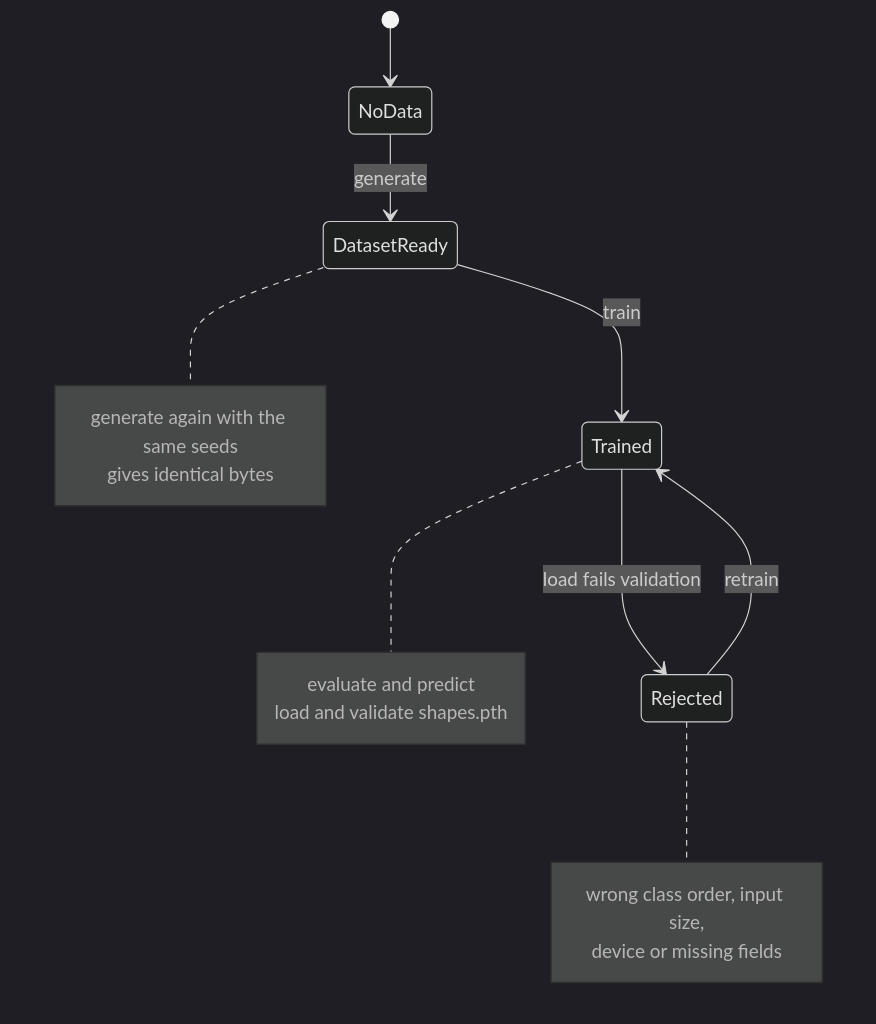
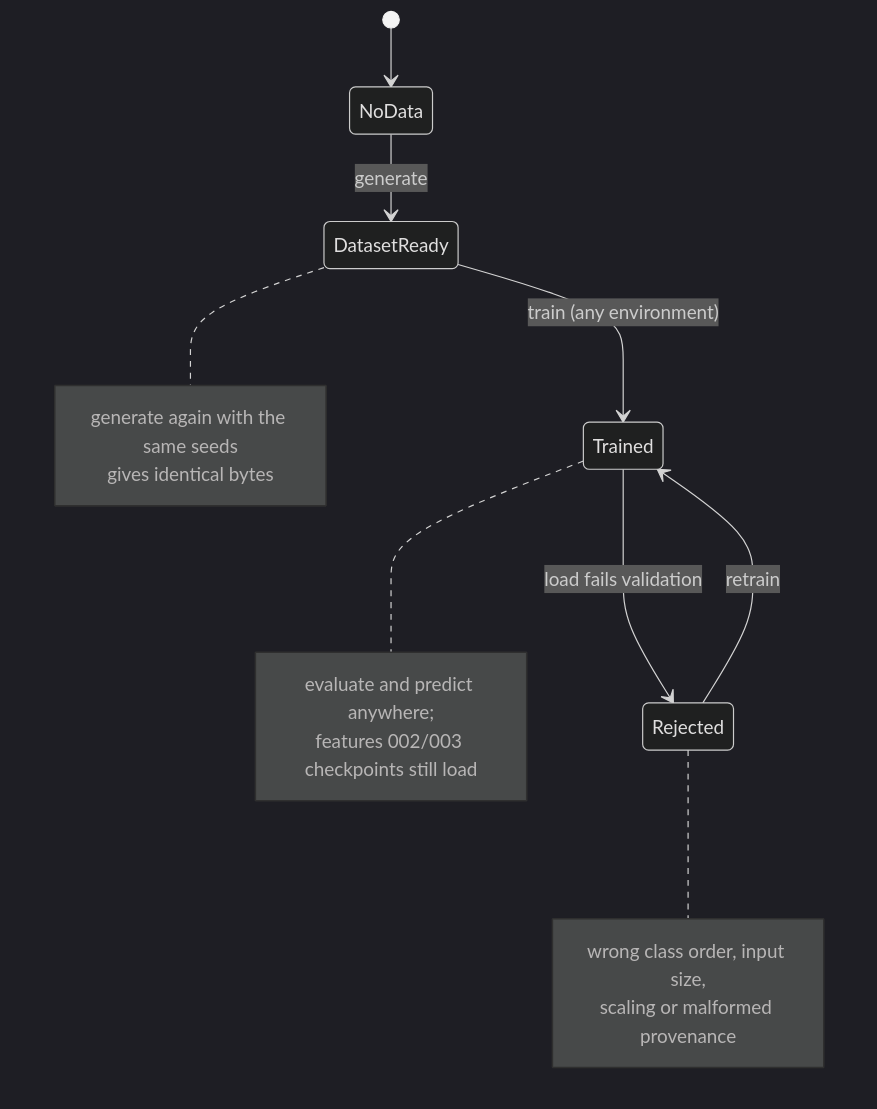
Before and after one commit to nal/ML: diagram 12 of 14 in CNN/image_classification/docs/hld/hld.md, drawn with Mermaid (dark theme). The commit also changed other lines of this file and 1 other file, not shown here.

First line of the commit message:
docs(hld): refresh design and slides for device benchmark

````diff
--- a/CNN/image_classification/docs/hld/hld.md
+++ b/CNN/image_classification/docs/hld/hld.md
@@ -275,20 +354,20 @@
 ```mermaid
 stateDiagram-v2
   [*] --> NoData
   NoData --> DatasetReady: generate
-  DatasetReady --> Trained: train
+  DatasetReady --> Trained: train (any environment)
   Trained --> Rejected: load fails validation
   Rejected --> Trained: retrain
   note right of DatasetReady
     generate again with the same seeds
     gives identical bytes
   end note
   note right of Trained
-    evaluate and predict
-    load and validate shapes.pth
+    evaluate and predict anywhere;
+    features 002/003 checkpoints still load
   end note
   note right of Rejected
     wrong class order, input size,
-    device or missing fields
+    scaling or malformed provenance
   end note
 ```
````
